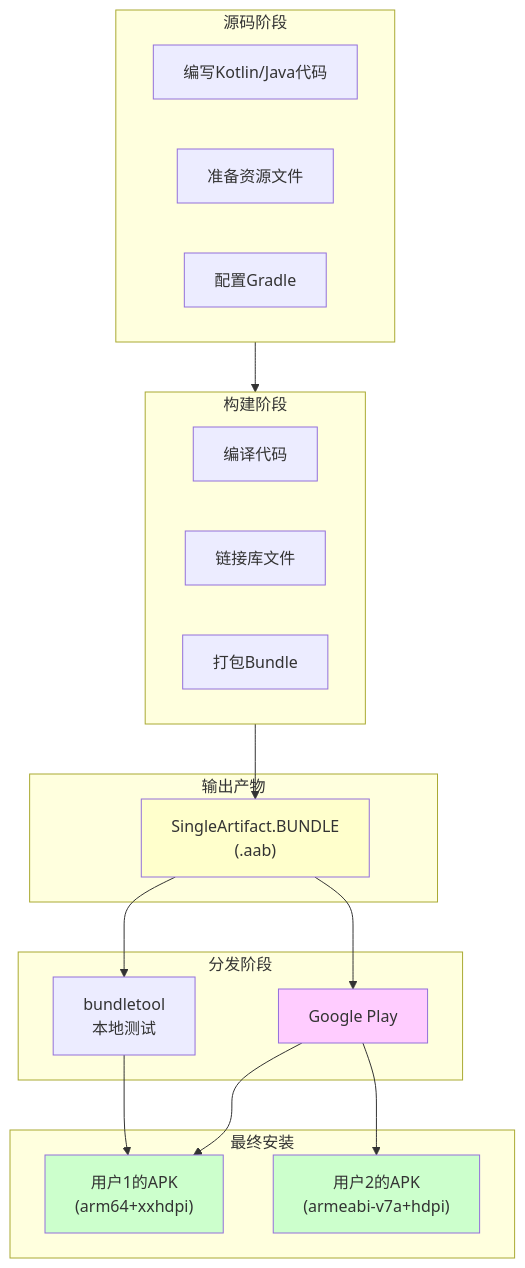
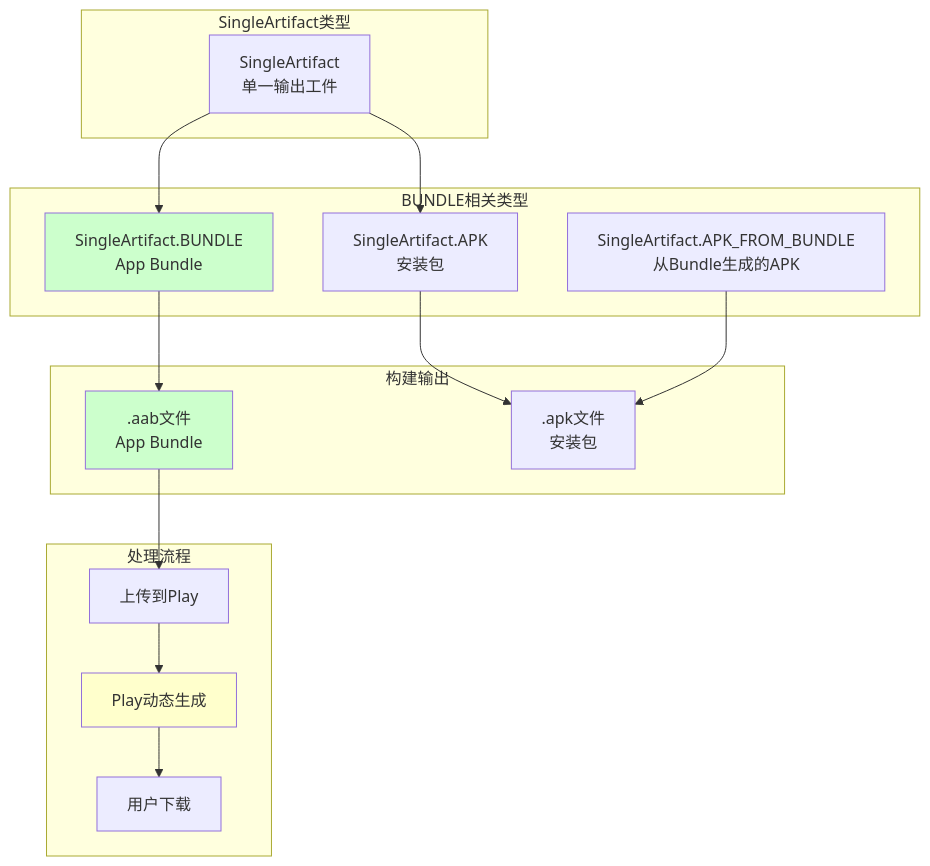
One commit to Carrie-L/carrie-l.github.io changed the fourth of 4 diagrams in AndroidDeveloperGuideStory/Contents/vol21/21.1.40 SingleArtifact.BUNDLE.md. Above: the diagram before and after it, drawn with Mermaid. The commit also changed other lines of this file, not shown here.

````diff
--- a/AndroidDeveloperGuideStory/Contents/vol21/21.1.40 SingleArtifact.BUNDLE.md
+++ b/AndroidDeveloperGuideStory/Contents/vol21/21.1.40 SingleArtifact.BUNDLE.md
@@ -486,41 +765,38 @@
 ```mermaid
 flowchart TB
-    subgraph Source["源码阶段"]
-        Code["编写Kotlin/Java代码"]
-        Res["准备资源文件"]
-        Config["配置Gradle"]
+    subgraph Artifact["SingleArtifact类型"]
+        SA[SingleArtifact<br/>单一输出工件]
     end
     
-    subgraph Build["构建阶段"]
-        Compile["编译代码"]
-        Link["链接库文件"]
-        Package["打包Bundle"]
+    subgraph Specific["BUNDLE相关类型"]
+        BUNDLE[SingleArtifact.BUNDLE<br/>App Bundle]
+        APK[SingleArtifact.APK<br/>安装包]
+        APK2[SingleArtifact.APK_FROM_BUNDLE<br/>从Bundle生成的APK]
     end
     
-    subgraph Output["输出产物"]
-        AAB["SingleArtifact.BUNDLE<br/>(.aab)"]
+    subgraph Output["构建输出"]
+        AAB[.aab文件<br/>App Bundle]
+        APKFile[.apk文件<br/>安装包]
     end
     
-    subgraph Distribution["分发阶段"]
-        Play["Google Play"]
-        Bundletool["bundletool<br/>本地测试"]
+    subgraph Process["处理流程"]
+        Upload[上传到Play]
+        Generate[Play动态生成]
+        Download[用户下载]
     end
     
-    subgraph FinalInstall["最终安装"]
-        APK1["用户1的APK<br/>(arm64+xxhdpi)"]
-        APK2["用户2的APK<br/>(armeabi-v7a+hdpi)"]
-    end
+    SA --> BUNDLE
+    SA --> APK
     
-    Source --> Build
-    Build --> AAB
-    AAB --> Play
-    AAB --> Bundletool
-    Play --> APK1
-    Play --> APK2
-    Bundletool --> APK1
+    BUNDLE --> AAB
+    APK --> APKFile
+    APK2 --> APKFile
     
-    style AAB fill:#ffffcc
-    style Play fill:#ffccff
-    style APK1 fill:#ccffcc
-    style APK2 fill:#ccffcc
+    AAB --> Upload
+    Upload --> Generate
+    Generate --> Download
+    
+    style BUNDLE fill:#ccffcc
+    style AAB fill:#ccffcc
+    style Generate fill:#ffffcc
 ```
````
